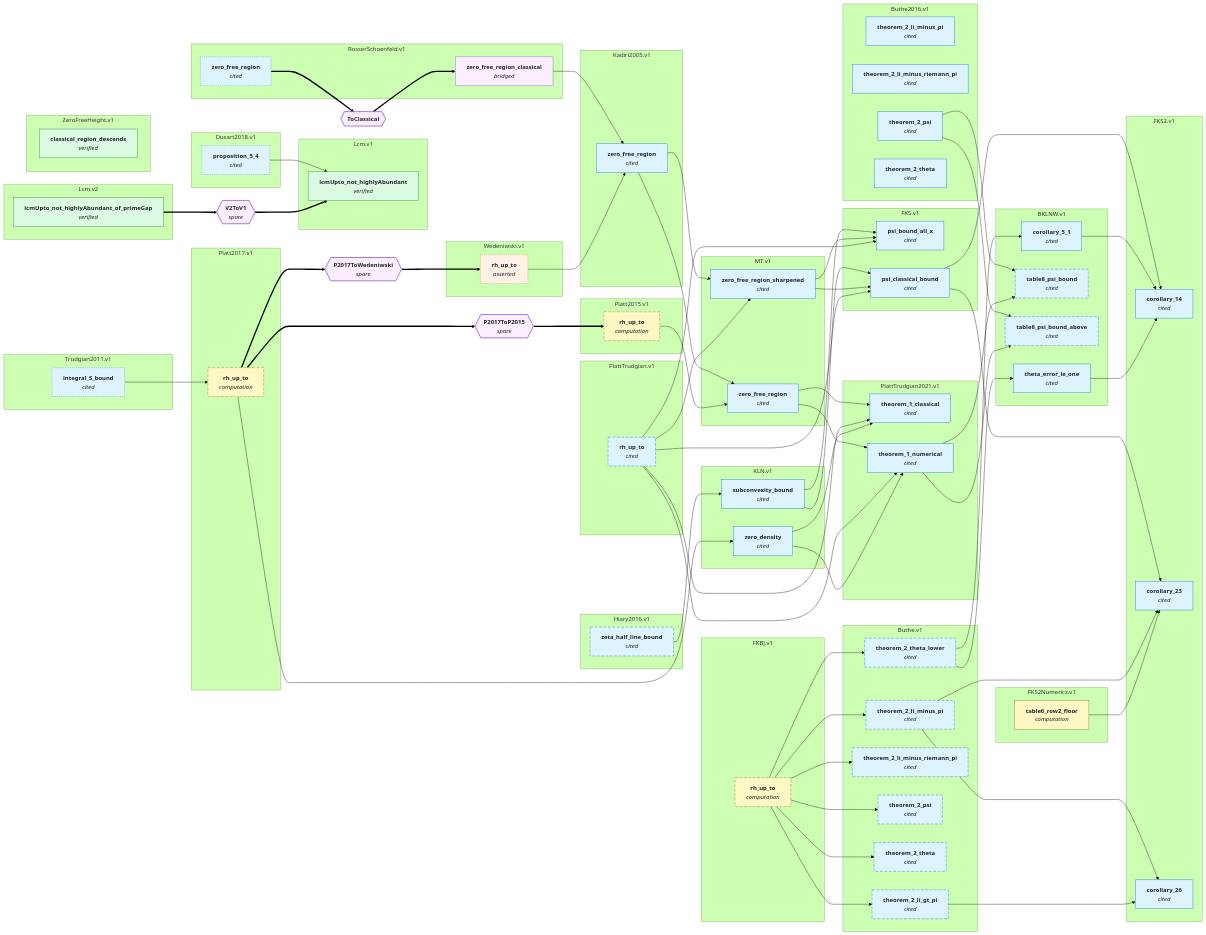
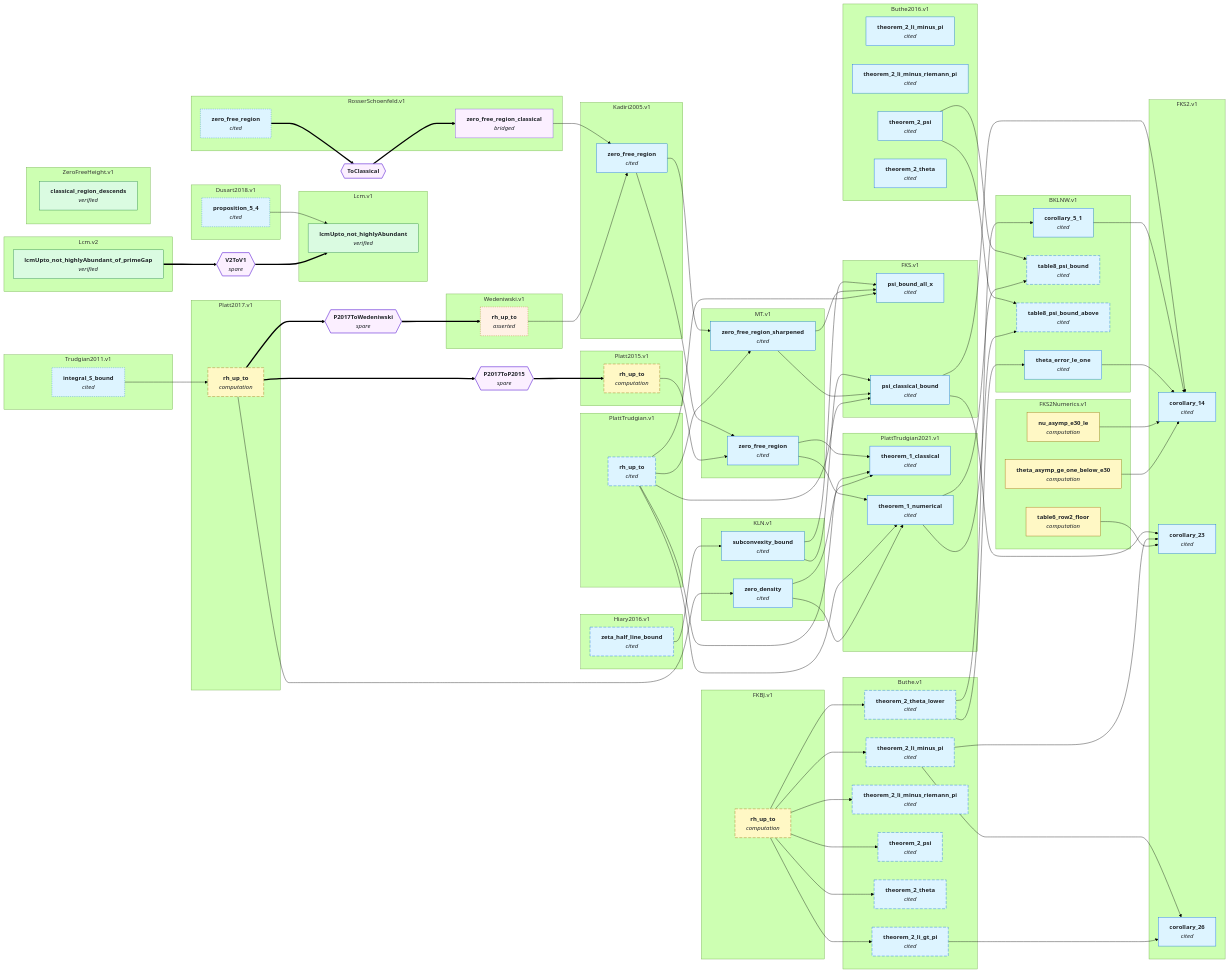
Before and after one commit to teorth/IEANTN: the second of 2 diagrams in GRAPH.md, drawn with Mermaid (forest theme). The commit also changed other lines of this file and 14 other files, not shown here.

First line of the commit message:
FKS2.v1: prove corollary_14, and record the two imports it actually needs

```diff
--- a/GRAPH.md
+++ b/GRAPH.md
@@ -182,7 +182,9 @@
     FKS2_v1_corollary_26["<b>corollary_26</b><br/><i>cited</i>"]
   end
   subgraph sgFKS2Numerics_v1["FKS2Numerics.v1"]
+    FKS2Numerics_v1_nu_asymp_e30_le["<b>nu_asymp_e30_le</b><br/><i>computation</i>"]
     FKS2Numerics_v1_table6_row2_floor["<b>table6_row2_floor</b><br/><i>computation</i>"]
+    FKS2Numerics_v1_theta_asymp_ge_one_below_e30["<b>theta_asymp_ge_one_below_e30</b><br/><i>computation</i>"]
   end
   subgraph sgHiary2016_v1["Hiary2016.v1"]
     Hiary2016_v1_zeta_half_line_bound["<b>zeta_half_line_bound</b><br/><i>cited</i>"]
@@ -251,6 +253,8 @@
   FKS_v1_psi_classical_bound --> FKS2_v1_corollary_14
   BKLNW_v1_corollary_5_1 --> FKS2_v1_corollary_14
   BKLNW_v1_theta_error_le_one --> FKS2_v1_corollary_14
+  FKS2Numerics_v1_nu_asymp_e30_le --> FKS2_v1_corollary_14
+  FKS2Numerics_v1_theta_asymp_ge_one_below_e30 --> FKS2_v1_corollary_14
   FKS_v1_psi_classical_bound --> FKS2_v1_corollary_23
   Buthe_v1_theorem_2_li_minus_pi --> FKS2_v1_corollary_23
   FKS2Numerics_v1_table6_row2_floor --> FKS2_v1_corollary_23
@@ -313,7 +317,7 @@
   class RosserSchoenfeld_v1_zero_free_region_classical bridged;
   class Lcm_v1_lcmUpto_not_highlyAbundant,Lcm_v2_lcmUpto_not_highlyAbundant_of_primeGap,ZeroFreeHeight_v1_classical_region_descends lean_comparator;
   class BKLNW_v1_corollary_5_1,BKLNW_v1_table8_psi_bound,BKLNW_v1_table8_psi_bound_above,BKLNW_v1_theta_error_le_one,Buthe_v1_theorem_2_li_gt_pi,Buthe_v1_theorem_2_li_minus_pi,Buthe_v1_theorem_2_li_minus_riemann_pi,Buthe_v1_theorem_2_psi,Buthe_v1_theorem_2_theta,Buthe_v1_theorem_2_theta_lower,Buthe2016_v1_theorem_2_li_minus_pi,Buthe2016_v1_theorem_2_li_minus_riemann_pi,Buthe2016_v1_theorem_2_psi,Buthe2016_v1_theorem_2_theta,Dusart2018_v1_proposition_5_4,FKS_v1_psi_bound_all_x,FKS_v1_psi_classical_bound,FKS2_v1_corollary_14,FKS2_v1_corollary_23,FKS2_v1_corollary_26,Hiary2016_v1_zeta_half_line_bound,KLN_v1_subconvexity_bound,KLN_v1_zero_density,Kadiri2005_v1_zero_free_region,MT_v1_zero_free_region,MT_v1_zero_free_region_sharpened,PlattTrudgian_v1_rh_up_to,PlattTrudgian2021_v1_theorem_1_classical,PlattTrudgian2021_v1_theorem_1_numerical,RosserSchoenfeld_v1_zero_free_region,Trudgian2011_v1_integral_S_bound literature;
-  class FKBJ_v1_rh_up_to,FKS2Numerics_v1_table6_row2_floor,Platt2015_v1_rh_up_to,Platt2017_v1_rh_up_to numerical;
+  class FKBJ_v1_rh_up_to,FKS2Numerics_v1_nu_asymp_e30_le,FKS2Numerics_v1_table6_row2_floor,FKS2Numerics_v1_theta_asymp_ge_one_below_e30,Platt2015_v1_rh_up_to,Platt2017_v1_rh_up_to numerical;
   click BKLNW_v1_corollary_5_1 href "https://github.com/teorth/IEANTN/blob/main/docs/nodes/BKLNW-v1.md#corollary_5_1" _blank
   click BKLNW_v1_table8_psi_bound href "https://github.com/teorth/IEANTN/blob/main/docs/nodes/BKLNW-v1.md#table8_psi_bound" _blank
   click BKLNW_v1_table8_psi_bound_above href "https://github.com/teorth/IEANTN/blob/main/docs/nodes/BKLNW-v1.md#table8_psi_bound_above" _blank
@@ -335,7 +339,9 @@
   click FKS2_v1_corollary_14 href "https://github.com/teorth/IEANTN/blob/main/docs/nodes/FKS2-v1.md#corollary_14" _blank
   click FKS2_v1_corollary_23 href "https://github.com/teorth/IEANTN/blob/main/docs/nodes/FKS2-v1.md#corollary_23" _blank
   click FKS2_v1_corollary_26 href "https://github.com/teorth/IEANTN/blob/main/docs/nodes/FKS2-v1.md#corollary_26" _blank
+  click FKS2Numerics_v1_nu_asymp_e30_le href "https://github.com/teorth/IEANTN/blob/main/docs/nodes/FKS2Numerics-v1.md#nu_asymp_e30_le" _blank
   click FKS2Numerics_v1_table6_row2_floor href "https://github.com/teorth/IEANTN/blob/main/docs/nodes/FKS2Numerics-v1.md#table6_row2_floor" _blank
+  click FKS2Numerics_v1_theta_asymp_ge_one_below_e30 href "https://github.com/teorth/IEANTN/blob/main/docs/nodes/FKS2Numerics-v1.md#theta_asymp_ge_one_below_e30" _blank
   click Hiary2016_v1_zeta_half_line_bound href "https://github.com/teorth/IEANTN/blob/main/docs/nodes/Hiary2016-v1.md#zeta_half_line_bound" _blank
   click KLN_v1_subconvexity_bound href "https://github.com/teorth/IEANTN/blob/main/docs/nodes/KLN-v1.md#subconvexity_bound" _blank
   click KLN_v1_zero_density href "https://github.com/teorth/IEANTN/blob/main/docs/nodes/KLN-v1.md#zero_density" _blank
```
